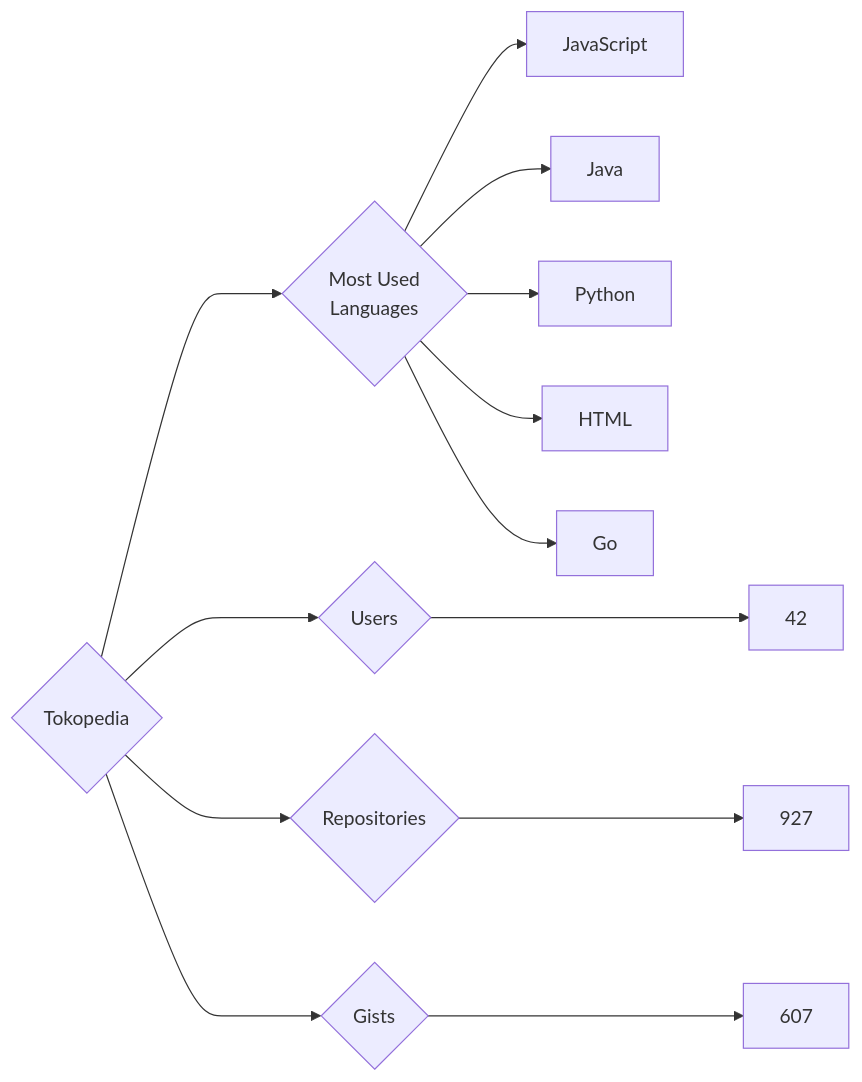
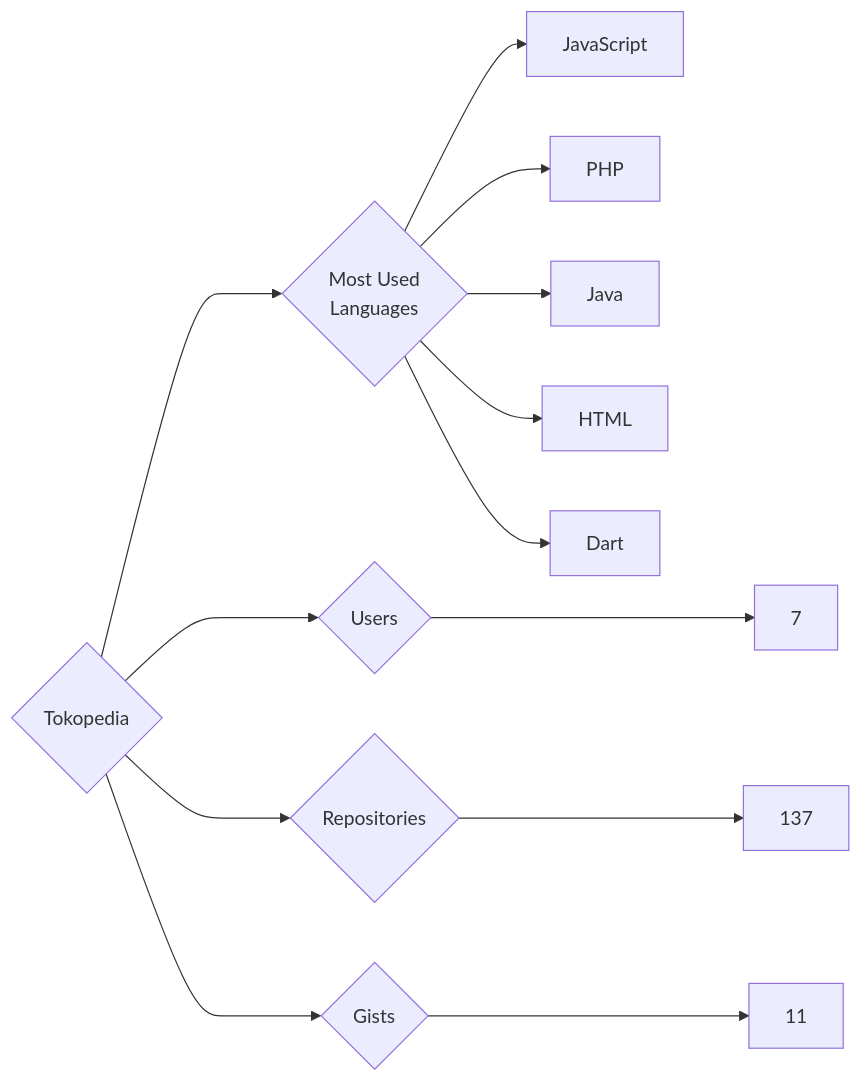
One commit to trickest/insiders changed the diagram in targets/Tokopedia/README.md. Above: the diagram before and after it, drawn with Mermaid. The commit also changed 928 other files, not shown here.

````diff
--- a/targets/Tokopedia/README.md
+++ b/targets/Tokopedia/README.md
@@ -3,13 +3,13 @@
 ```mermaid
 graph LR
 COMPANY_NAME{Tokopedia}
-COMPANY_NAME ---> U{Users} ---> UN[42]
-COMPANY_NAME ---> R{Repositories} ---> RN[927]
-COMPANY_NAME ---> G{Gists} ---> GN[607]
+COMPANY_NAME ---> U{Users} ---> UN[7]
+COMPANY_NAME ---> R{Repositories} ---> RN[137]
+COMPANY_NAME ---> G{Gists} ---> GN[11]
 COMPANY_NAME ---> ML{Most Used<br>Languages}
 ML --> JavaScript[JavaScript]
+ML --> PHP[PHP]
 ML --> Java[Java]
-ML --> Python[Python]
 ML --> HTML[HTML]
-ML --> Go[Go]
+ML --> Dart[Dart]
 ```
````
